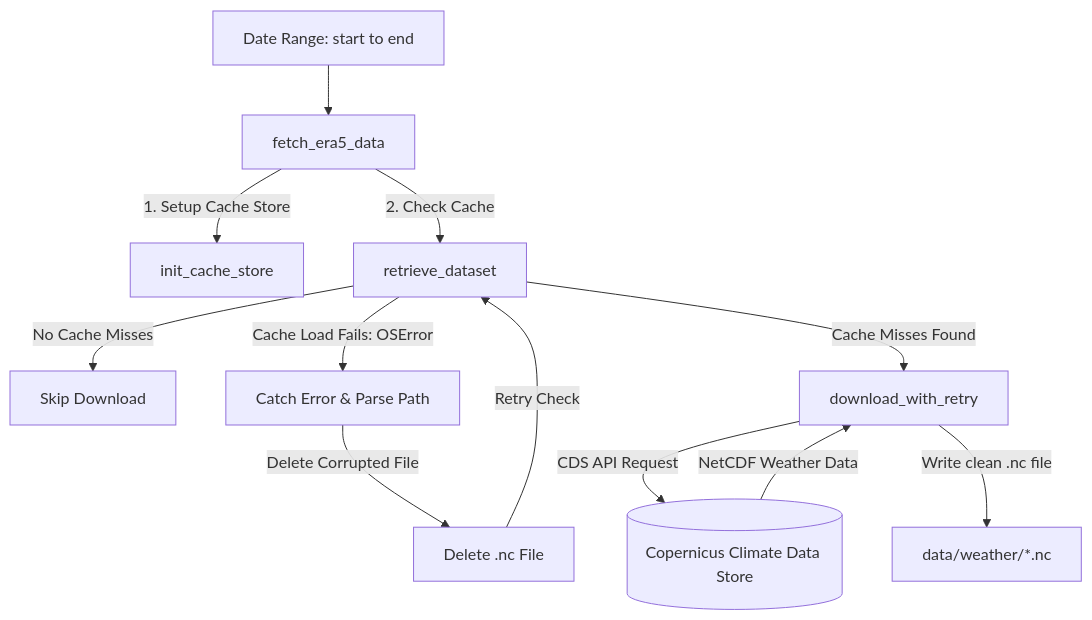
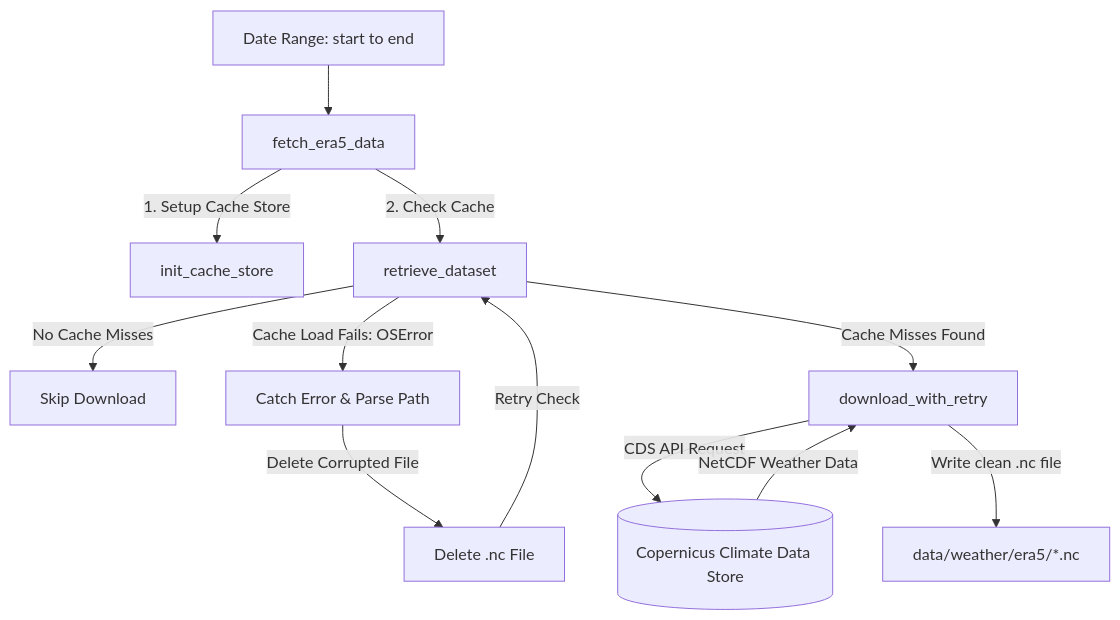
Before and after one commit to Bauzement123/flight-physics-pipeline: the diagram in src/weather/README.md, drawn with Mermaid. The commit also changed other lines of this file and 27 other files, not shown here.

````diff
--- a/src/weather/README.md
+++ b/src/weather/README.md
@@ -53,14 +53,14 @@
 ```mermaid
 graph TD
     A[Date Range: start to end] --> B[fetch_era5_data]
     B -->|1. Setup Cache Store| C[init_cache_store]
     B -->|2. Check Cache| D[retrieve_dataset]
     D -->|No Cache Misses| E[Skip Download]
     D -->|Cache Load Fails: OSError| F[Catch Error & Parse Path]
     F -->|Delete Corrupted File| G[Delete .nc File]
     G -->|Retry Check| D
     D -->|Cache Misses Found| H[download_with_retry]
     H -->|CDS API Request| I[(Copernicus Climate Data Store)]
     I -->|NetCDF Weather Data| H
-    H -->|Write clean .nc file| J[data/weather/*.nc]
+    H -->|Write clean .nc file| J[data/weather/era5/*.nc]
 ```
````
